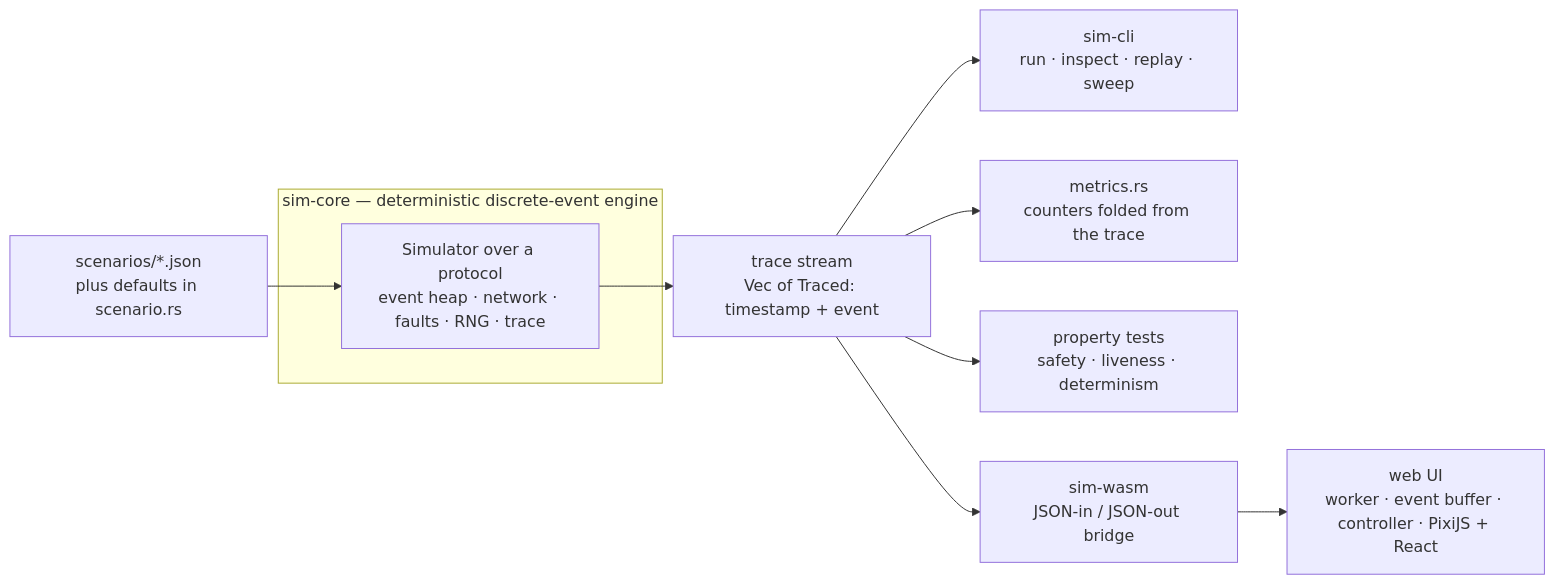
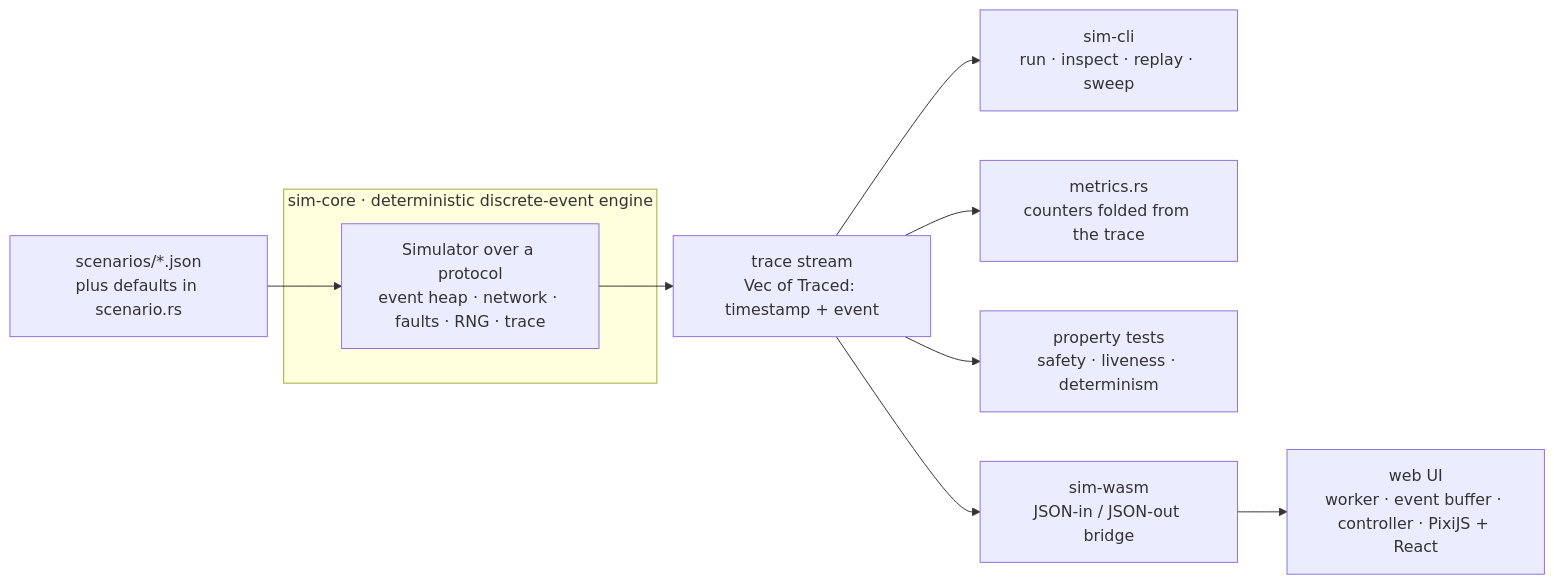
The first of 6 diagrams in docs/architecture.md (AkashJana18/solana-consensus-lab), drawn with Mermaid before and after one commit. The commit also changed other lines of this file and 5 other files, not shown here.

````diff
--- a/docs/architecture.md
+++ b/docs/architecture.md
@@ -24,13 +24,13 @@
 ```mermaid
 flowchart LR
     JSON["scenarios/*.json<br/>plus defaults in scenario.rs"] --> SIM
-    subgraph CORE["sim-core — deterministic discrete-event engine"]
+    subgraph CORE["sim-core · deterministic discrete-event engine"]
         SIM["Simulator over a protocol<br/>event heap · network · faults · RNG · trace"]
     end
     SIM --> TRACE["trace stream<br/>Vec of Traced: timestamp + event"]
     TRACE --> CLI["sim-cli<br/>run · inspect · replay · sweep"]
     TRACE --> MET["metrics.rs<br/>counters folded from the trace"]
     TRACE --> PROP["property tests<br/>safety · liveness · determinism"]
     TRACE --> BRIDGE["sim-wasm<br/>JSON-in / JSON-out bridge"]
     BRIDGE --> UI["web UI<br/>worker · event buffer · controller · PixiJS + React"]
 ```
````
